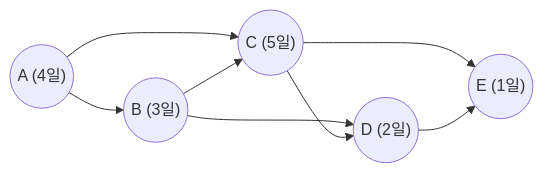
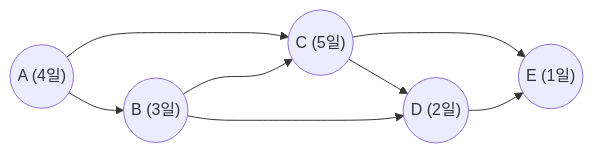
One commit to yeonkyupark/pepc2e changed diagram 11 of 12 in 0202프로세스진도관리.qmd. Above: the diagram before and after it, drawn with Mermaid. The commit also changed other lines of this file, not shown here.

````diff
--- a/0202프로세스진도관리.qmd
+++ b/0202프로세스진도관리.qmd
@@ -595,10 +597,10 @@
 ```{mermaid}
 graph LR
-    A(("A (4일)")) --> B(("B (3일)"))
-    A --> C(("C (5일)"))
-    B --> C
-    B --> D(("D (2일)"))
-    C --> D
-    C --> E(("E (1일)"))
-    D --> E
+    A(("A (4일)")) --> B(("B (3일)"))
+    A ---> C(("C (5일)"))
+    B ---> C
+    C --> D
+    B --> D(("D (2일)"))
+    C --> E(("E (1일)"))
+    D --> E
 ```
````
